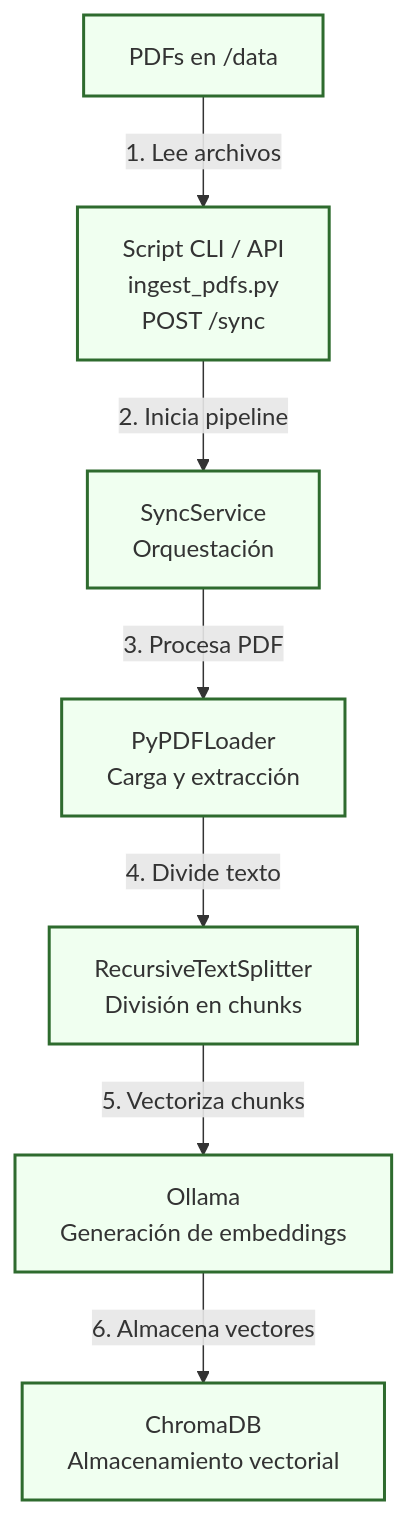
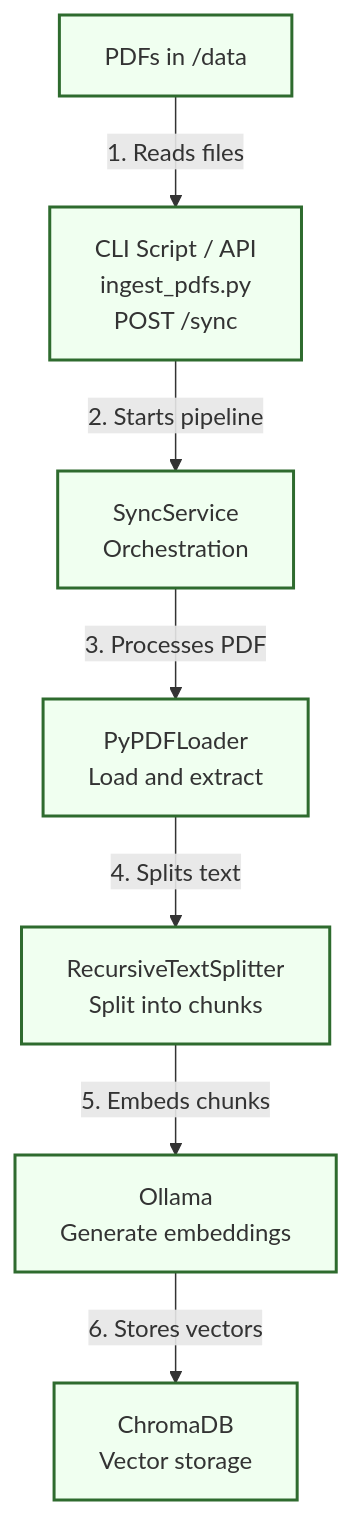
The second of 5 diagrams in README.md (mrodespin/aibrarian), drawn with Mermaid before and after one commit. The commit also changed other lines of this file, not shown here.

````diff
--- a/README.md
+++ b/README.md
@@ -200,25 +199,25 @@
 ```mermaid
 flowchart TD
-    %% --- Definiciones de Estilo ---
+    %% --- Style Definitions ---
     classDef mvp fill:#f0fff0,stroke:#2e6b2e,stroke-width:2px;
 
-    %% --- Nodos ---
-    A["PDFs en /data"]
-    B["Script CLI / API<br>ingest_pdfs.py<br>POST /sync"]
-    C["SyncService<br>Orquestación"]
-    D["PyPDFLoader<br>Carga y extracción"]
-    E["RecursiveTextSplitter<br>División en chunks"]
-    F["Ollama<br>Generación de embeddings"]
-    G["ChromaDB<br>Almacenamiento vectorial"]
+    %% --- Nodes ---
+    A["PDFs in /data"]
+    B["CLI Script / API<br>ingest_pdfs.py<br>POST /sync"]
+    C["SyncService<br>Orchestration"]
+    D["PyPDFLoader<br>Load and extract"]
+    E["RecursiveTextSplitter<br>Split into chunks"]
+    F["Ollama<br>Generate embeddings"]
+    G["ChromaDB<br>Vector storage"]
 
-    %% --- Asignación de Clases ---
+    %% --- Class Assignment ---
     class A,B,C,D,E,F,G mvp
 
-    %% --- Flujo MVP ---
-    A -->|"1. Lee archivos"| B
-    B -->|"2. Inicia pipeline"| C
-    C -->|"3. Procesa PDF"| D
-    D -->|"4. Divide texto"| E
-    E -->|"5. Vectoriza chunks"| F
-    F -->|"6. Almacena vectores"| G
+    %% --- MVP Flow ---
+    A -->|"1. Reads files"| B
+    B -->|"2. Starts pipeline"| C
+    C -->|"3. Processes PDF"| D
+    D -->|"4. Splits text"| E
+    E -->|"5. Embeds chunks"| F
+    F -->|"6. Stores vectors"| G
 ```
````
